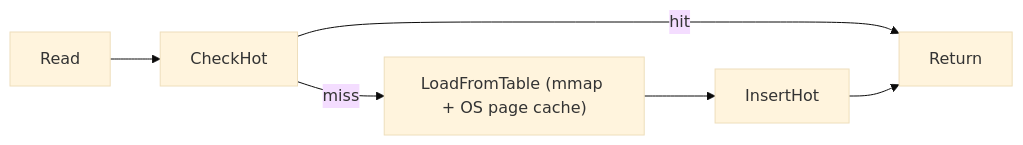
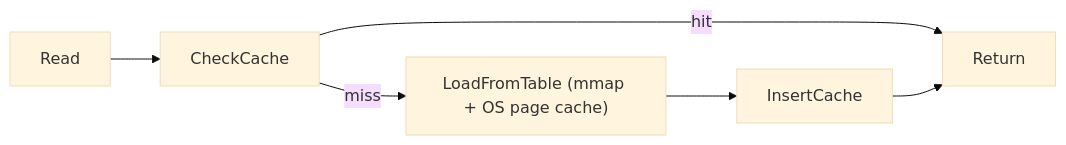
The diagram in docs/cache.md (feichai0017/NoKV), drawn with Mermaid (base theme) before and after one commit. The commit also changed other lines of this file and 14 other files, not shown here.

Commit message:
refactor: remove cache hot tier and simplify prefetch path

````diff
--- a/docs/cache.md
+++ b/docs/cache.md
@@ -41,8 +39,8 @@
 ```mermaid
 flowchart LR
-  Read --> CheckHot
-  CheckHot -->|hit| Return
-  CheckHot -->|miss| LoadFromTable["LoadFromTable (mmap + OS page cache)"]
-  LoadFromTable --> InsertHot
-  InsertHot --> Return
+  Read --> CheckCache
+  CheckCache -->|hit| Return
+  CheckCache -->|miss| LoadFromTable["LoadFromTable (mmap + OS page cache)"]
+  LoadFromTable --> InsertCache
+  InsertCache --> Return
 ```
````
